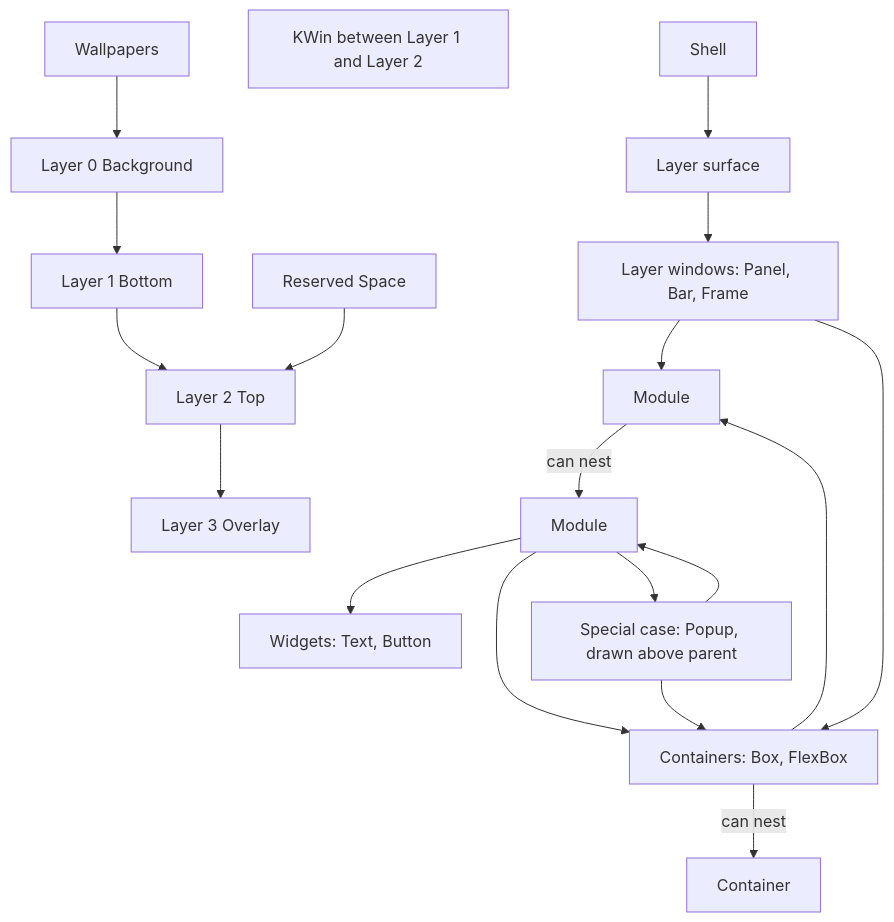
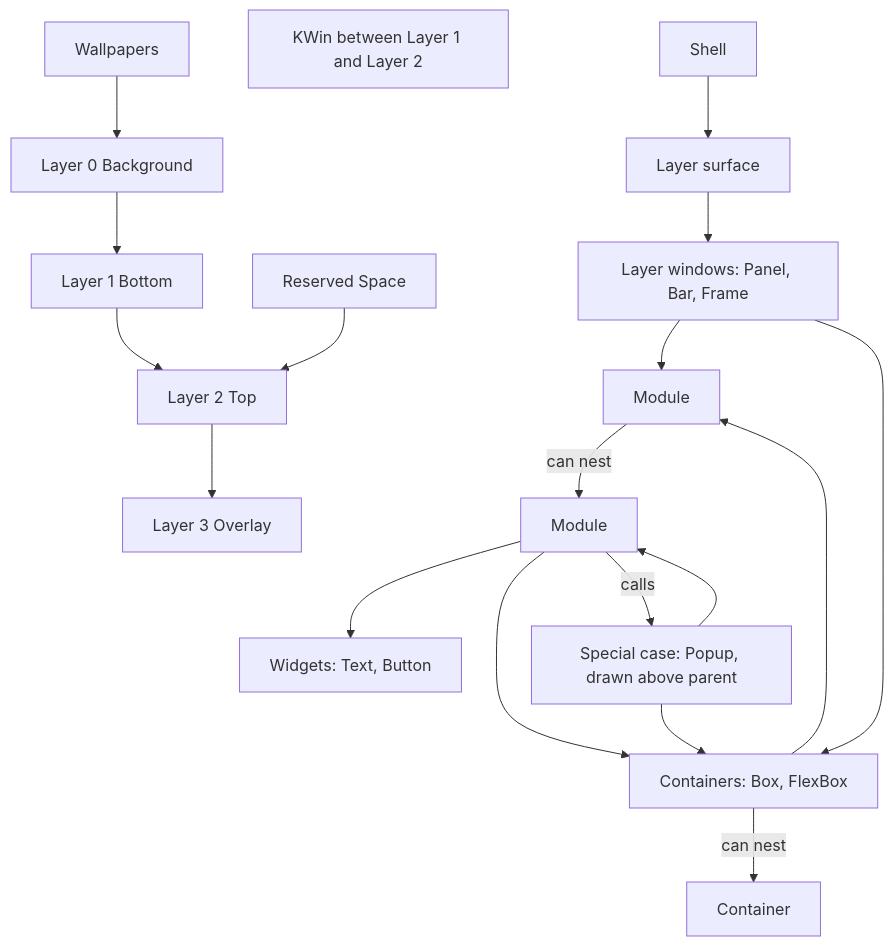
One commit to mindderivative/tess-shell changed the diagram in 20 Architecture/Shell Structure.md. Above: the diagram before and after it, drawn with Mermaid. The commit also changed other lines of this file and 3 other files, not shown here.

Commit message:
Popup stays a kind, called by a module; Special Cases group for future popup-like kinds

````diff
--- a/20 Architecture/Shell Structure.md
+++ b/20 Architecture/Shell Structure.md
@@ -23,21 +23,21 @@
 ```mermaid
 flowchart TB
     wall[Wallpapers] --> l0[Layer 0 Background]
     l0 --> l1[Layer 1 Bottom]
     l1 --> l2[Layer 2 Top]
     l2 --> l3[Layer 3 Overlay]
     res[Reserved Space] --> l2
     kwin[KWin between Layer 1 and Layer 2]
     shell[Shell] --> layers[Layer surface]
     layers --> lw[Layer windows: Panel, Bar, Frame]
     lw --> mod1[Module]
     lw --> cont[Containers: Box, FlexBox]
     cont -->|can nest| cont2[Container]
     cont --> mod1
     mod1 -->|can nest| mod2[Module]
     mod2 --> widgets[Widgets: Text, Button]
     mod2 --> cont
-    mod2 --> pop[Special case: Popup, drawn above parent]
+    mod2 -->|calls| pop[Special case: Popup, drawn above parent]
     pop --> cont
     pop --> mod2
 ```
````
